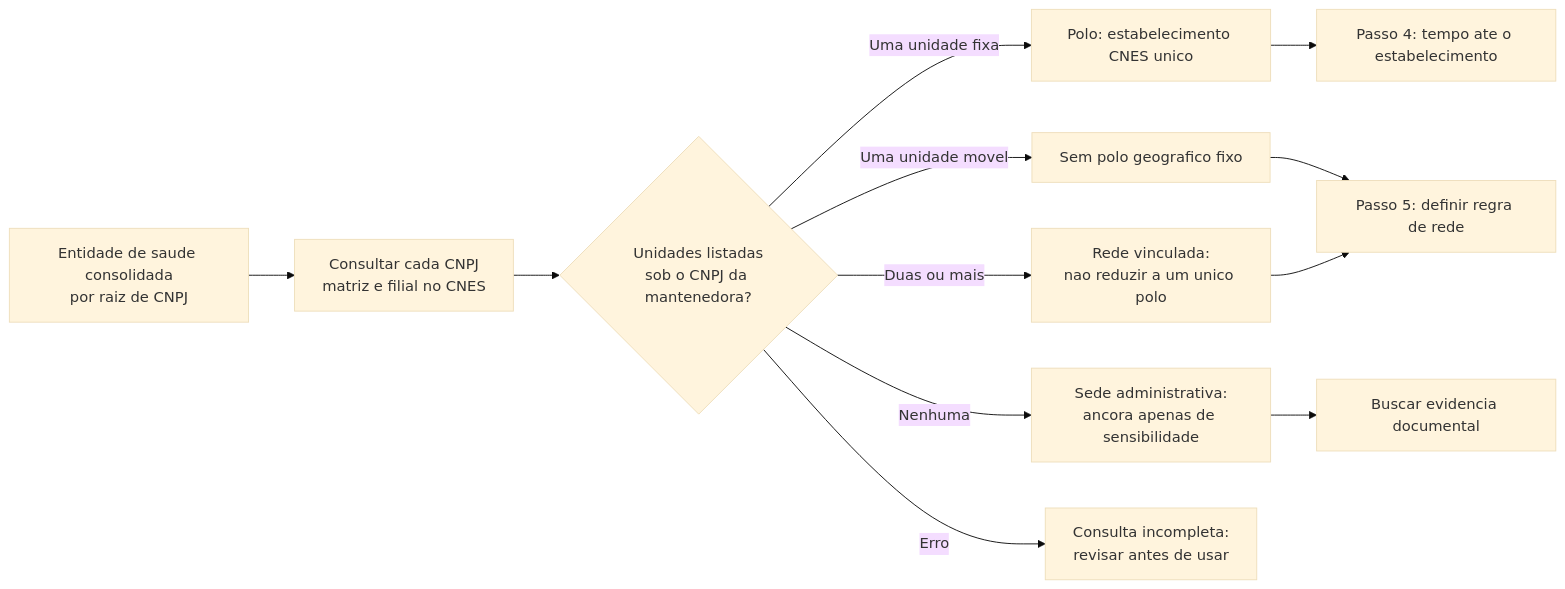
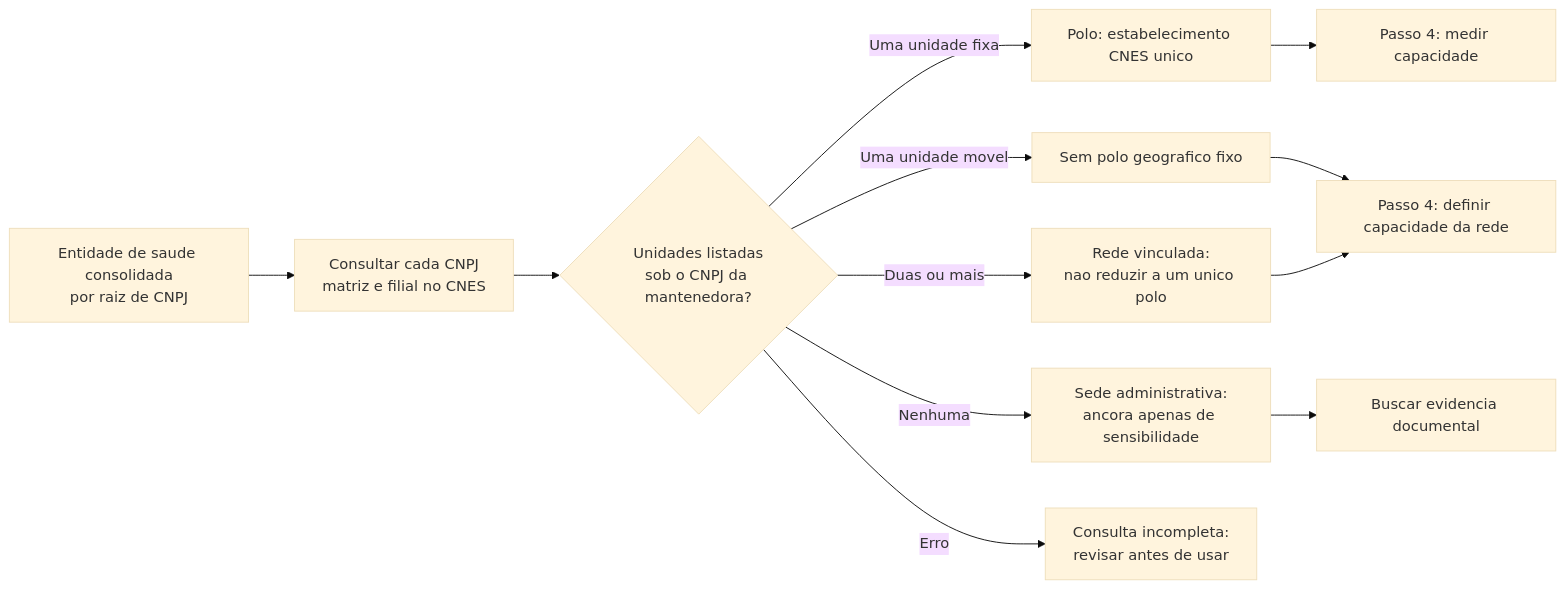
Before and after one commit to driano1221/consorcios-mg-dados-territorio: the diagram in analises/modelo_gravitacional_saude/METODOLOGIA_PASSO_3_POLO_ATRACAO.md, drawn with Mermaid (base theme). The commit also changed other lines of this file and 11 other files, not shown here.

````diff
--- a/analises/modelo_gravitacional_saude/METODOLOGIA_PASSO_3_POLO_ATRACAO.md
+++ b/analises/modelo_gravitacional_saude/METODOLOGIA_PASSO_3_POLO_ATRACAO.md
@@ -15,14 +15,14 @@
 ```mermaid
 flowchart LR
   A[Entidade de saude consolidada<br/>por raiz de CNPJ] --> B[Consultar cada CNPJ<br/>matriz e filial no CNES]
   B --> C{Unidades listadas<br/>sob o CNPJ da mantenedora?}
   C -->|Uma unidade fixa| D[Polo: estabelecimento CNES unico]
   C -->|Uma unidade movel| M[Sem polo geografico fixo]
   C -->|Duas ou mais| E[Rede vinculada:<br/>nao reduzir a um unico polo]
   C -->|Nenhuma| F[Sede administrativa:<br/>ancora apenas de sensibilidade]
   C -->|Erro| G[Consulta incompleta:<br/>revisar antes de usar]
-  D --> H[Passo 4: tempo ate o estabelecimento]
+  D --> H[Passo 4: medir capacidade]
   M --> I
-  E --> I[Passo 5: definir regra de rede]
+  E --> I[Passo 4: definir capacidade da rede]
   F --> J[Buscar evidencia documental]
 ```
````
